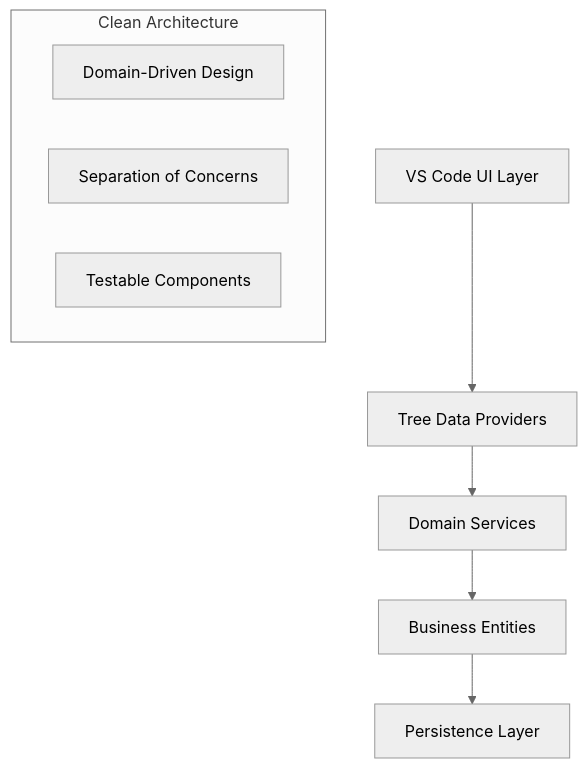
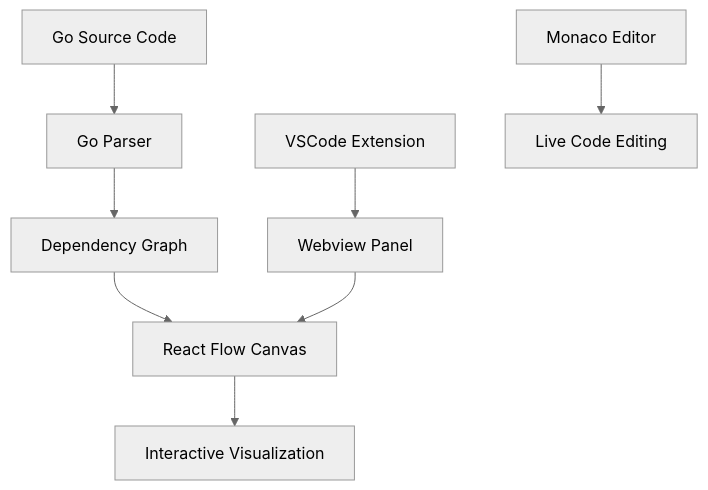
Before and after one commit to KhanhRomVN/GoFlow: the diagram in README.md, drawn with Mermaid (neutral theme). The commit also changed other lines of this file and 10 other files, not shown here.

````diff
--- a/README.md
+++ b/README.md
@@ -111,13 +109,11 @@
 ```mermaid
 graph TB
-    UI[VS Code UI Layer] --> Providers[Tree Data Providers]
-    Providers --> Services[Domain Services]
-    Services --> Entities[Business Entities]
-    Entities --> Storage[Persistence Layer]
-
-    subgraph "Clean Architecture"
-        Direction[Domain-Driven Design]
-        Separation[Separation of Concerns]
-        Testability[Testable Components]
-    end
+    A[Go Source Code] --> B[Go Parser]
+    B --> C[Dependency Graph]
+    C --> D[React Flow Canvas]
+    D --> E[Interactive Visualization]
+    
+    F[VSCode Extension] --> G[Webview Panel]
+    G --> D
+    H[Monaco Editor] --> I[Live Code Editing]
 ```
````
